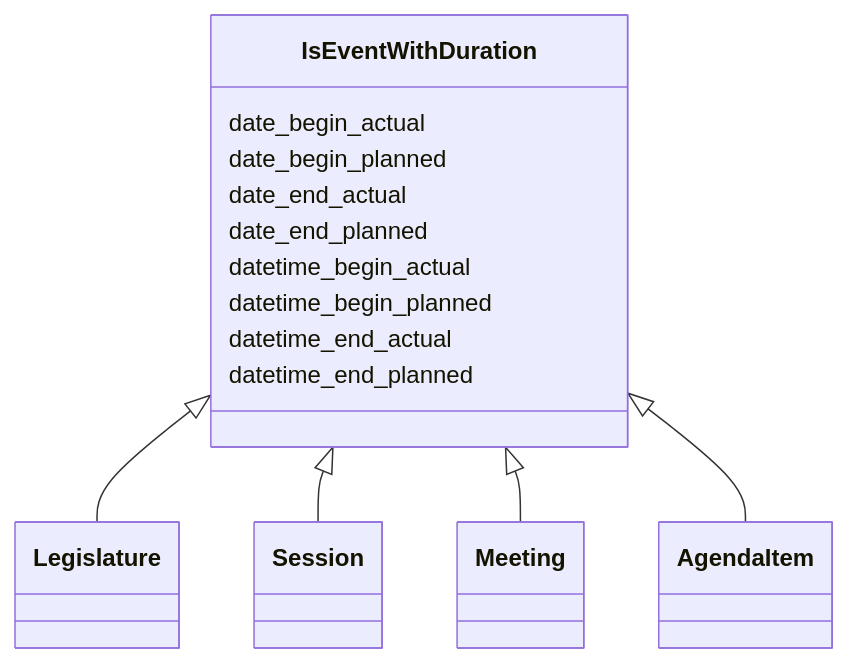
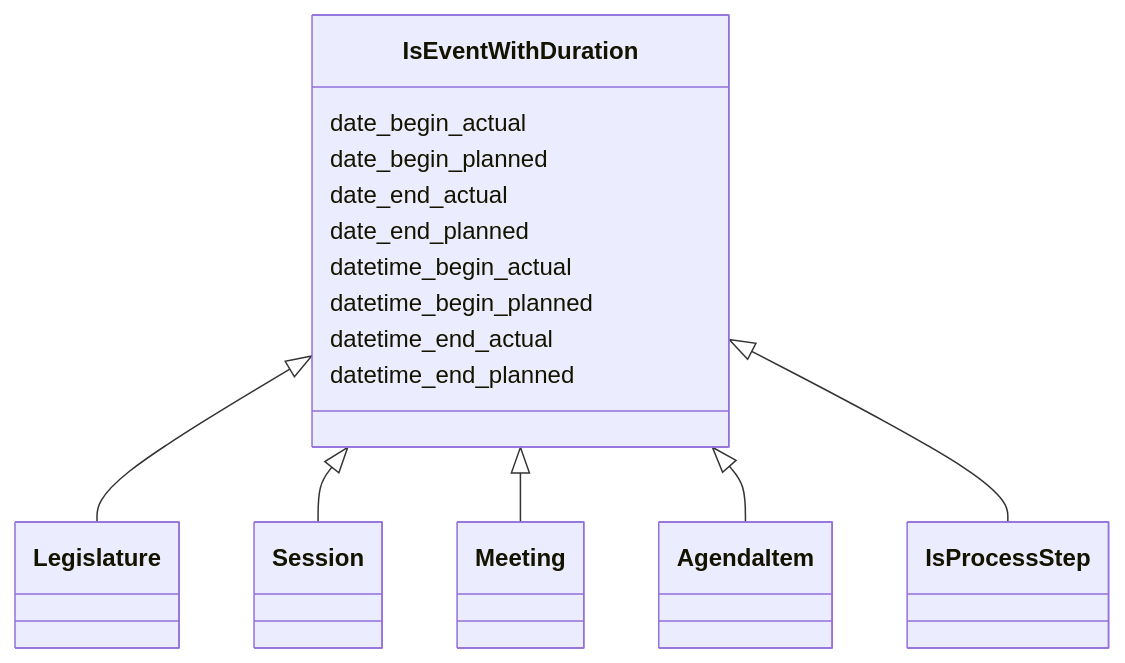
One commit to swiss/political-affairs-ech-group changed the diagram in ech-0293_operations/output/docs/IsEventWithDuration.md. Above: the diagram before and after it, drawn with Mermaid. The commit also changed other lines of this file and 195 other files, not shown here.

````diff
--- a/ech-0293_operations/output/docs/IsEventWithDuration.md
+++ b/ech-0293_operations/output/docs/IsEventWithDuration.md
@@ -22,31 +27,33 @@
 ```mermaid
  classDiagram
     class IsEventWithDuration
     click IsEventWithDuration href "../IsEventWithDuration/"
       IsEventWithDuration <|-- Legislature
         click Legislature href "../Legislature/"
       IsEventWithDuration <|-- Session
         click Session href "../Session/"
       IsEventWithDuration <|-- Meeting
         click Meeting href "../Meeting/"
       IsEventWithDuration <|-- AgendaItem
         click AgendaItem href "../AgendaItem/"
+      IsEventWithDuration <|-- IsProcessStep
+        click IsProcessStep href "../IsProcessStep/"
       
       IsEventWithDuration : date_begin_actual
         
       IsEventWithDuration : date_begin_planned
         
       IsEventWithDuration : date_end_actual
         
       IsEventWithDuration : date_end_planned
         
       IsEventWithDuration : datetime_begin_actual
         
       IsEventWithDuration : datetime_begin_planned
         
       IsEventWithDuration : datetime_end_actual
         
       IsEventWithDuration : datetime_end_planned
         
       
 ```
````
